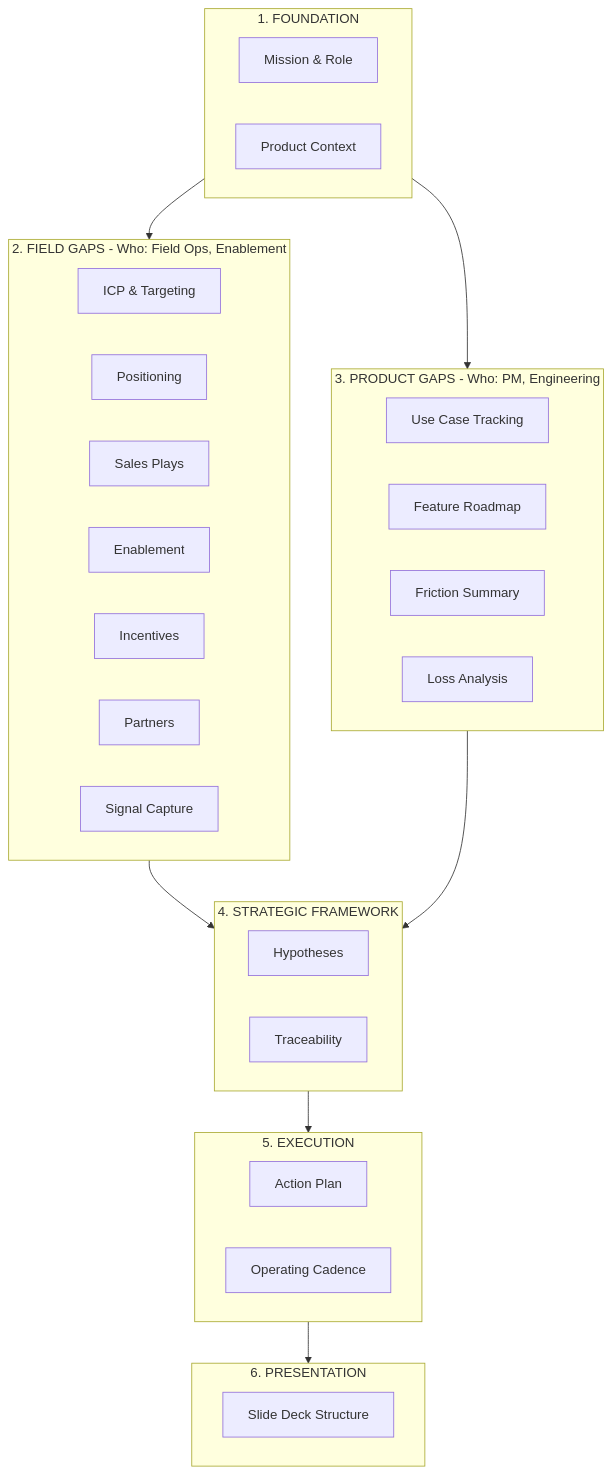
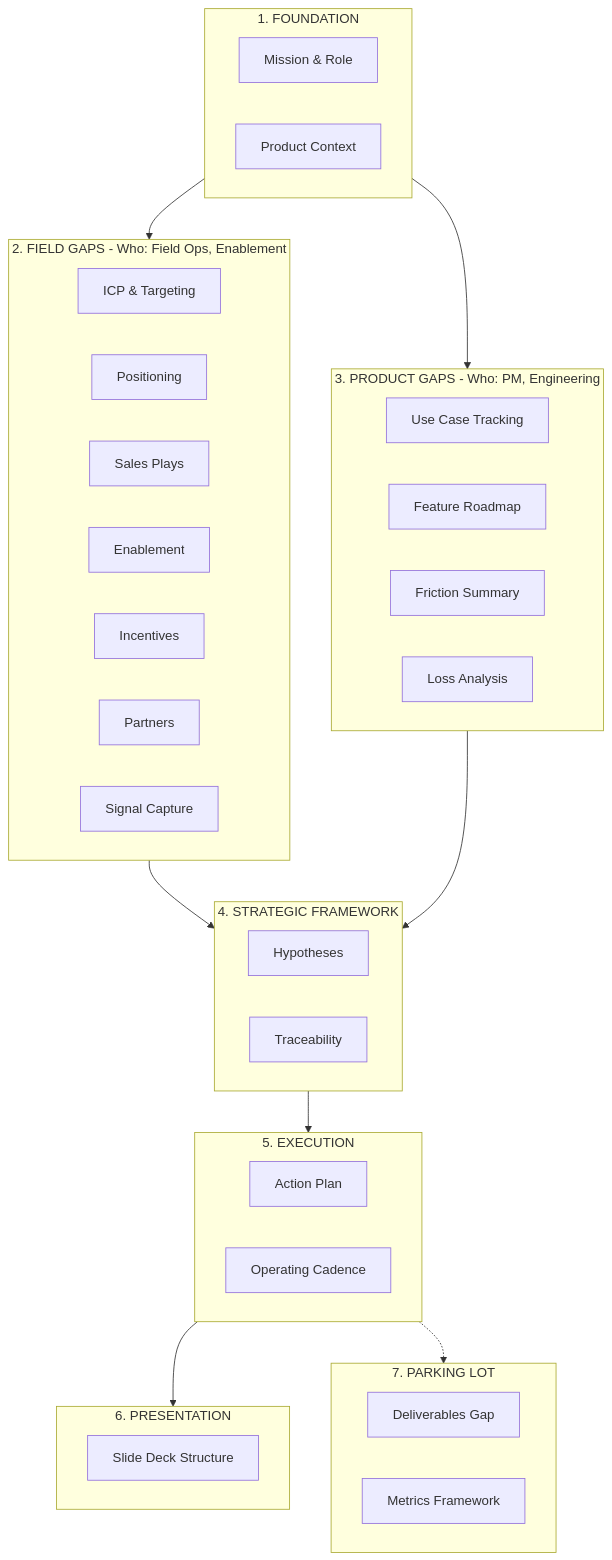
One commit to Tushar1344/databricks-apps-adoption changed the diagram in README.md. Above: the diagram before and after it, drawn with Mermaid. The commit also changed other lines of this file, not shown here.

First line of the commit message:
Add parking lot section to README

````diff
--- a/README.md
+++ b/README.md
@@ -9,45 +9,51 @@
 ```mermaid
 flowchart TB
     subgraph Foundation["1. FOUNDATION"]
         F1[Mission & Role]
         F2[Product Context]
     end
     
     subgraph Field["2. FIELD GAPS - Who: Field Ops, Enablement"]
         FG1[ICP & Targeting]
         FG2[Positioning]
         FG3[Sales Plays]
         FG4[Enablement]
         FG5[Incentives]
         FG6[Partners]
         FG7[Signal Capture]
     end
     
     subgraph Product["3. PRODUCT GAPS - Who: PM, Engineering"]
         PG1[Use Case Tracking]
         PG2[Feature Roadmap]
         PG3[Friction Summary]
         PG4[Loss Analysis]
     end
     
     subgraph Framework["4. STRATEGIC FRAMEWORK"]
         SF1[Hypotheses]
         SF2[Traceability]
     end
     
     subgraph Execution["5. EXECUTION"]
         E1[Action Plan]
         E2[Operating Cadence]
     end
     
     subgraph Presentation["6. PRESENTATION"]
         P1[Slide Deck Structure]
     end
     
+    subgraph ParkingLot["7. PARKING LOT"]
+        PL1[Deliverables Gap]
+        PL2[Metrics Framework]
+    end
+    
     Foundation --> Field
     Foundation --> Product
     Field --> Framework
     Product --> Framework
     Framework --> Execution
     Execution --> Presentation
+    Execution -.-> ParkingLot
 ```
````
